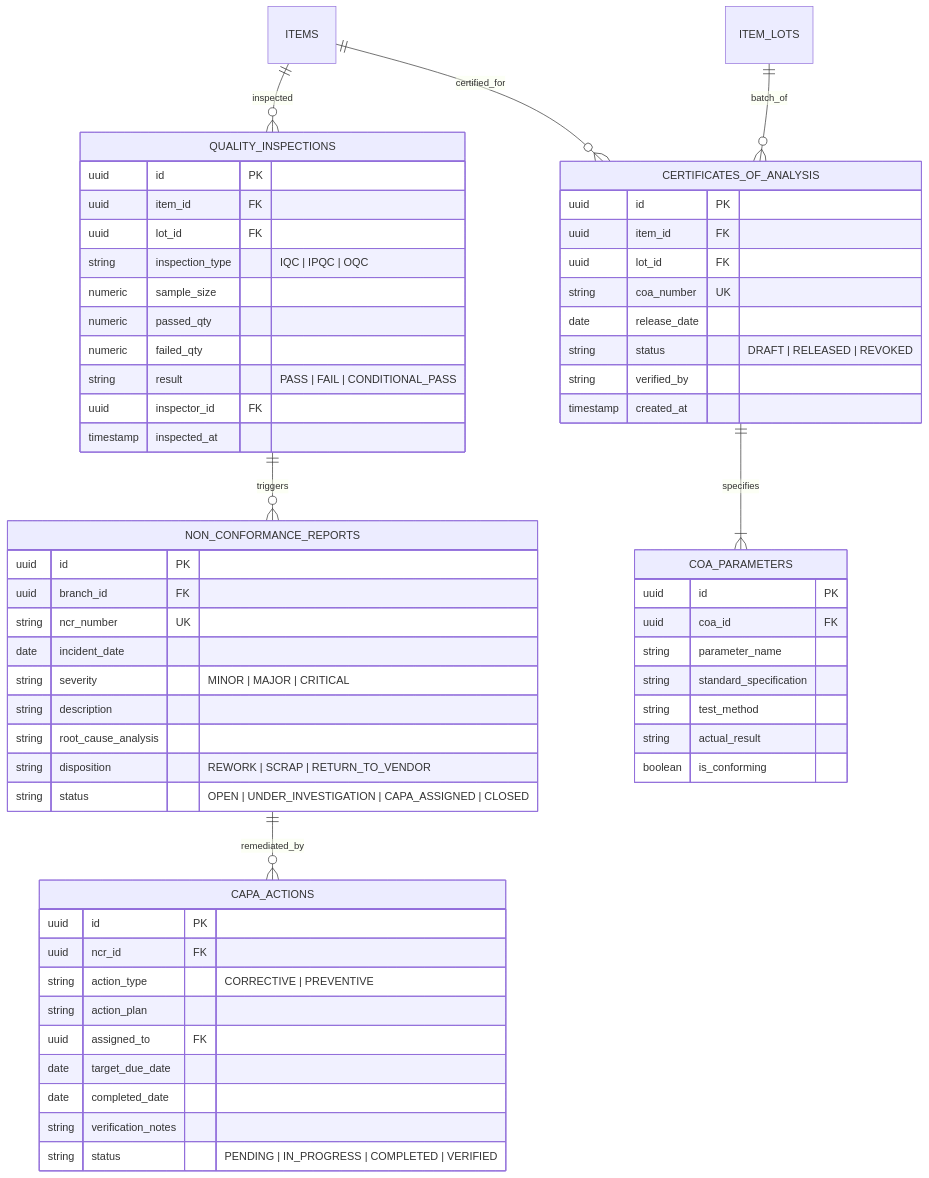
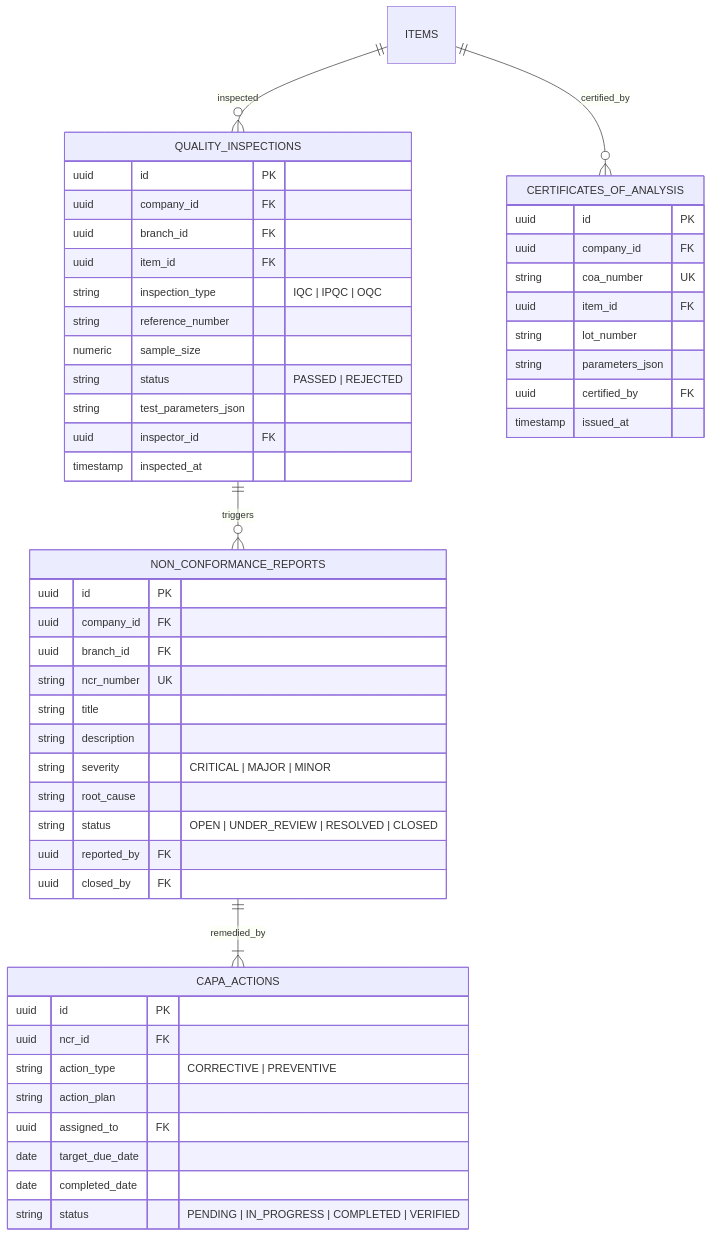
The fourth of 4 diagrams in sdd/07_quality_sdd.md (Vall-Here/mnf-erp-nextjs-golang), drawn with Mermaid before and after one commit. The commit also changed other lines of this file and 10 other files, not shown here.

````diff
--- a/sdd/07_quality_sdd.md
+++ b/sdd/07_quality_sdd.md
@@ -117,67 +118,57 @@
 ```mermaid
 erDiagram
     ITEMS ||--o{ QUALITY_INSPECTIONS : "inspected"
-    ITEMS ||--o{ CERTIFICATES_OF_ANALYSIS : "certified_for"
-    ITEM_LOTS ||--o{ CERTIFICATES_OF_ANALYSIS : "batch_of"
-    CERTIFICATES_OF_ANALYSIS ||--|{ COA_PARAMETERS : "specifies"
     QUALITY_INSPECTIONS ||--o{ NON_CONFORMANCE_REPORTS : "triggers"
-    NON_CONFORMANCE_REPORTS ||--o{ CAPA_ACTIONS : "remediated_by"
+    NON_CONFORMANCE_REPORTS ||--|{ CAPA_ACTIONS : "remedied_by"
+    ITEMS ||--o{ CERTIFICATES_OF_ANALYSIS : "certified_by"
 
     QUALITY_INSPECTIONS {
         uuid id PK
+        uuid company_id FK
+        uuid branch_id FK
         uuid item_id FK
-        uuid lot_id FK
         string inspection_type "IQC | IPQC | OQC"
+        string reference_number
         numeric sample_size
-        numeric passed_qty
-        numeric failed_qty
-        string result "PASS | FAIL | CONDITIONAL_PASS"
+        string status "PASSED | REJECTED"
+        string test_parameters_json
         uuid inspector_id FK
         timestamp inspected_at
     }
 
-    CERTIFICATES_OF_ANALYSIS {
-        uuid id PK
-        uuid item_id FK
-        uuid lot_id FK
-        string coa_number UK
-        date release_date
-        string status "DRAFT | RELEASED | REVOKED"
-        string verified_by
-        timestamp created_at
-    }
-
-    COA_PARAMETERS {
-        uuid id PK
-        uuid coa_id FK
-        string parameter_name
-        string standard_specification
-        string test_method
-        string actual_result
-        boolean is_conforming
-    }
-
     NON_CONFORMANCE_REPORTS {
         uuid id PK
+        uuid company_id FK
         uuid branch_id FK
         string ncr_number UK
-        date incident_date
-        string severity "MINOR | MAJOR | CRITICAL"
+        string title
         string description
-        string root_cause_analysis
-        string disposition "REWORK | SCRAP | RETURN_TO_VENDOR"
-        string status "OPEN | UNDER_INVESTIGATION | CAPA_ASSIGNED | CLOSED"
+        string severity "CRITICAL | MAJOR | MINOR"
+        string root_cause
+        string status "OPEN | UNDER_REVIEW | RESOLVED | CLOSED"
+        uuid reported_by FK
+        uuid closed_by FK
     }
 
     CAPA_ACTIONS {
         uuid id PK
         uuid ncr_id FK
         string action_type "CORRECTIVE | PREVENTIVE"
         string action_plan
         uuid assigned_to FK
         date target_due_date
         date completed_date
-        string verification_notes
         string status "PENDING | IN_PROGRESS | COMPLETED | VERIFIED"
     }
+
+    CERTIFICATES_OF_ANALYSIS {
+        uuid id PK
+        uuid company_id FK
+        string coa_number UK
+        uuid item_id FK
+        string lot_number
+        string parameters_json
+        uuid certified_by FK
+        timestamp issued_at
+    }
 ```
````
